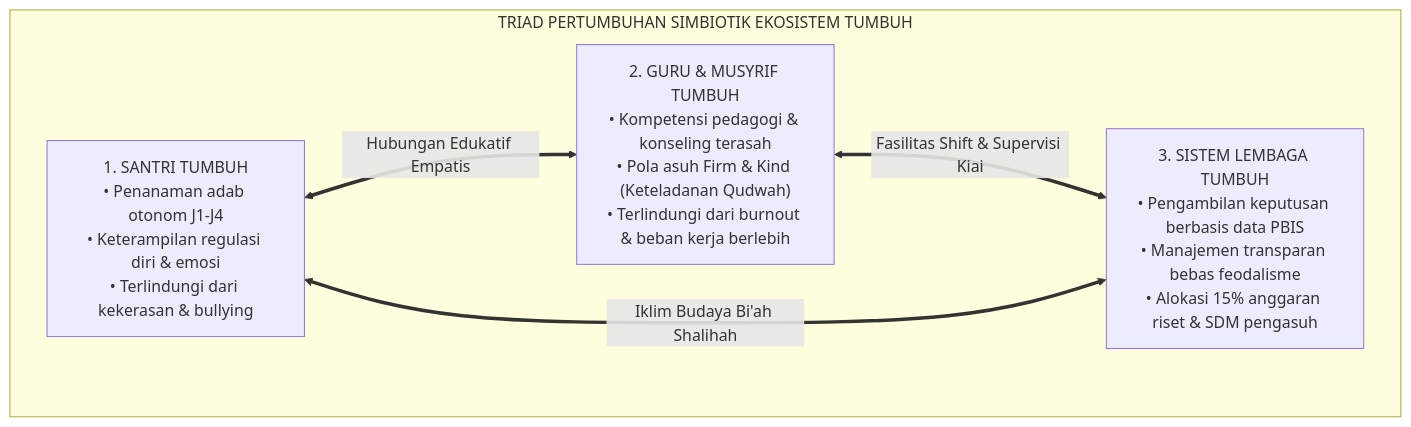
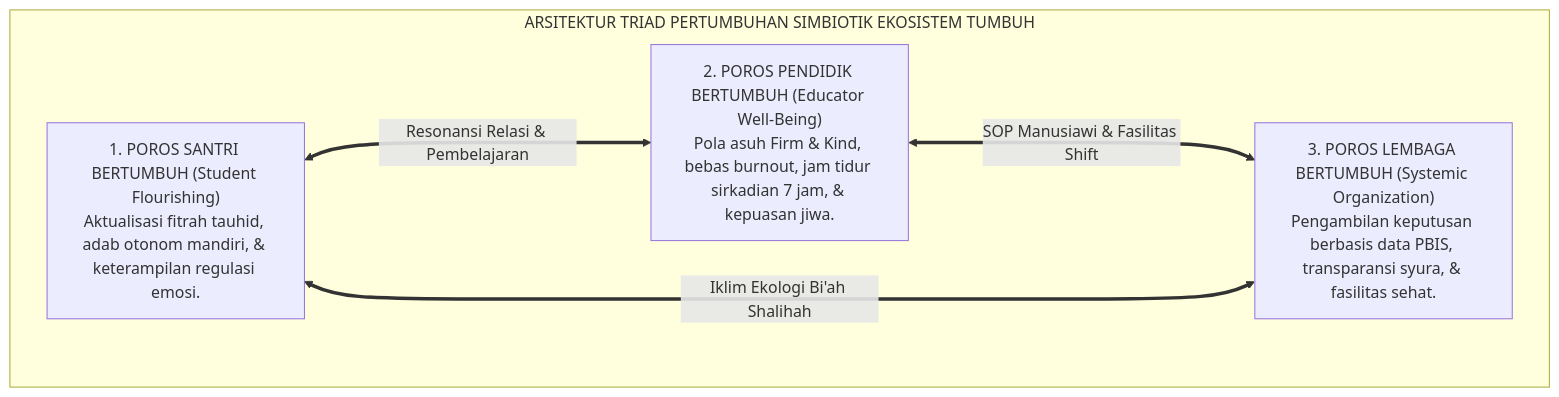
The second of 4 diagrams in 02 Principles/01 Core Principles/P2-01-01-Prinsip-Triad-Pertumbuhan-Simbiotik.md (wandiapriliyandi/tumbuh), drawn with Mermaid before and after one commit. The commit also changed other lines of this file and 7 other files, not shown here.

````diff
--- a/02 Principles/01 Core Principles/P2-01-01-Prinsip-Triad-Pertumbuhan-Simbiotik.md
+++ b/02 Principles/01 Core Principles/P2-01-01-Prinsip-Triad-Pertumbuhan-Simbiotik.md
@@ -61,14 +118,15 @@
 ```mermaid
 flowchart TD
-    subgraph ModelTriadSimbiotik["TRIAD PERTUMBUHAN SIMBIOTIK EKOSISTEM TUMBUH"]
-        Santri["1. SANTRI TUMBUH<br/>• Penanaman adab otonom J1-J4<br/>• Keterampilan regulasi diri & emosi<br/>• Terlindungi dari kekerasan & bullying"]
+    subgraph ArsitekturTriadSimbiotikTUMBUH["ARSITEKTUR TRIAD PERTUMBUHAN SIMBIOTIK EKOSISTEM TUMBUH"]
         
-        Guru["2. GURU & MUSYRIF TUMBUH<br/>• Kompetensi pedagogi & konseling terasah<br/>• Pola asuh Firm & Kind (Keteladanan Qudwah)<br/>• Terlindungi dari burnout & beban kerja berlebih"]
+        S1_Santri["1. POROS SANTRI BERTUMBUH (Student Flourishing)<br/>Aktualisasi fitrah tauhid, adab otonom mandiri, & keterampilan regulasi emosi."]
         
-        Lembaga["3. SISTEM LEMBAGA TUMBUH<br/>• Pengambilan keputusan berbasis data PBIS<br/>• Manajemen transparan bebas feodalisme<br/>• Alokasi 15% anggaran riset & SDM pengasuh"]
+        S2_Guru["2. POROS PENDIDIK BERTUMBUH (Educator Well-Being)<br/>Pola asuh Firm & Kind, bebas burnout, jam tidur sirkadian 7 jam, & kepuasan jiwa."]
         
-        Santri <==>|Hubungan Edukatif Empatis| Guru
-        Guru <==>|Fasilitas Shift & Supervisi Kiai| Lembaga
-        Lembaga <==>|Iklim Budaya Bi'ah Shalihah| Santri
+        S3_Lembaga["3. POROS LEMBAGA BERTUMBUH (Systemic Organization)<br/>Pengambilan keputusan berbasis data PBIS, transparansi syura, & fasilitas sehat."]
+        
+        S1_Santri <===>|Resonansi Relasi & Pembelajaran| S2_Guru
+        S2_Guru <===>|SOP Manusiawi & Fasilitas Shift| S3_Lembaga
+        S3_Lembaga <===>|Iklim Ekologi Bi'ah Shalihah| S1_Santri
     end
 ```
````
